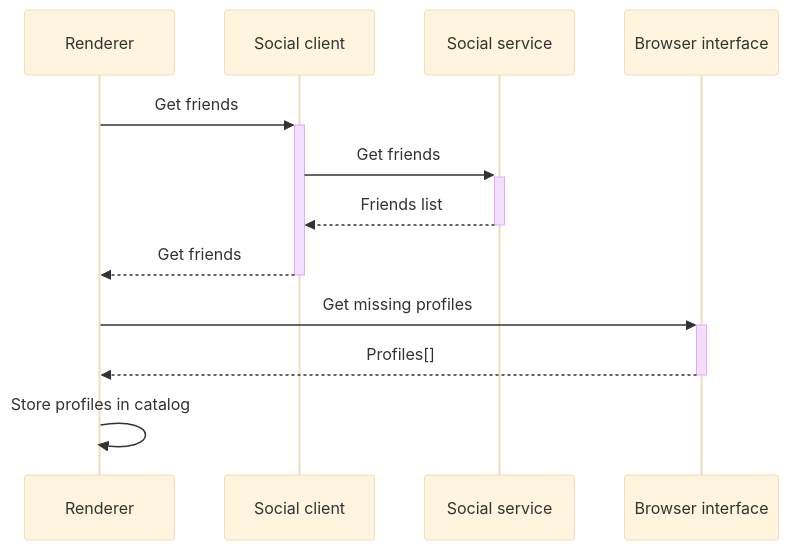
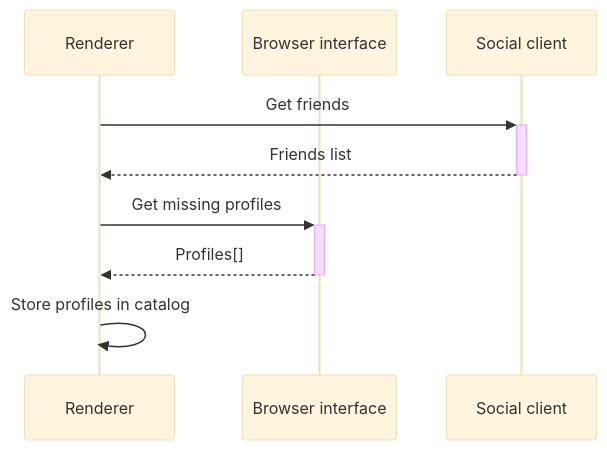
Before and after one commit to decentraland/adr: the fourth of 4 diagrams in content/ADR-189-social-service-M2.md, drawn with Mermaid (base theme). The commit also changed other lines of this file, not shown here.

````diff
--- a/content/ADR-189-social-service-M2.md
+++ b/content/ADR-189-social-service-M2.md
@@ -117,15 +121,12 @@
 ```mermaid
 sequenceDiagram
     participant Renderer
+    participant Browser interface
     participant Social client
-    participant Social service
-    participant Browser interface
 
     Renderer ->>+ Social client: Get friends
-    Social client ->>+ Social service: Get friends
-    Social service -->>- Social client: Friends list
-    Social client -->>- Renderer: Get friends
+    Social client -->>- Renderer: Friends list
     Renderer ->>+ Browser interface: Get missing profiles
     Browser interface -->>- Renderer: Profiles[]
     Renderer ->> Renderer: Store profiles in catalog
 ```
````
